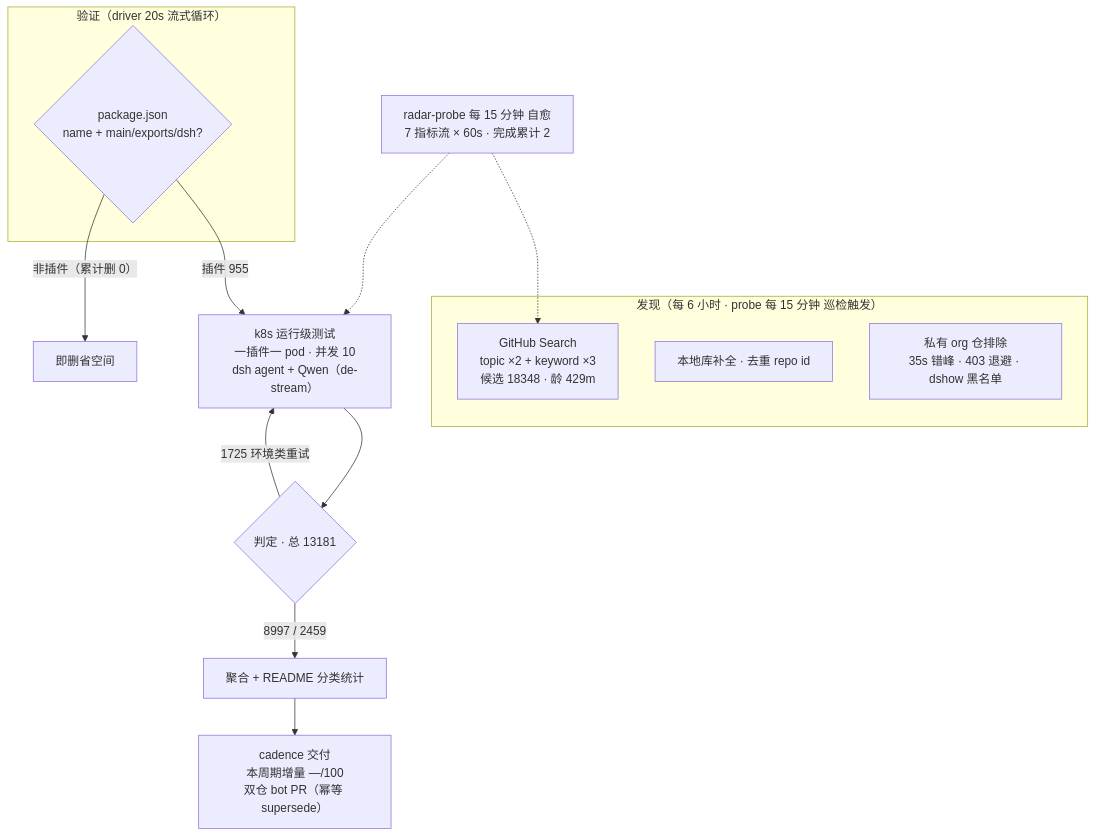
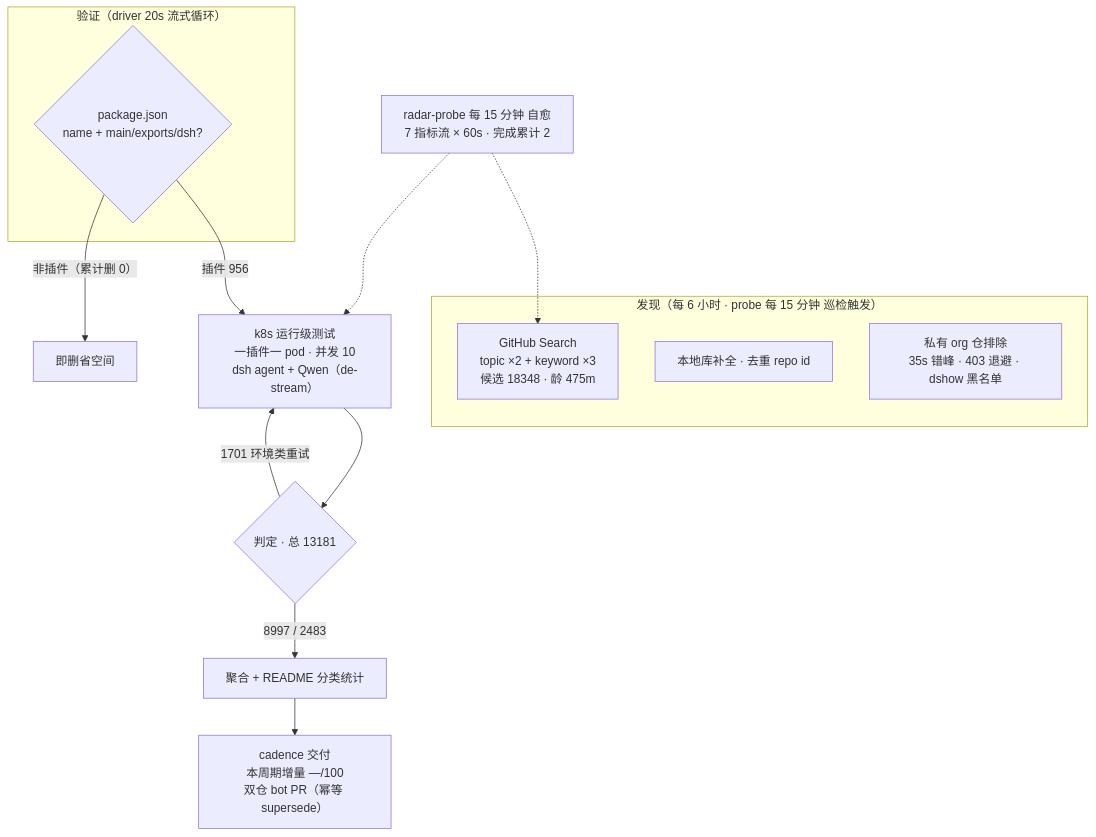
One commit to AdamPlatin123/awesome-dsh-plugins changed the diagram in README.md. Above: the diagram before and after it, drawn with Mermaid. The commit also changed other lines of this file and 13 other files, not shown here.

````diff
--- a/README.md
+++ b/README.md
@@ -52,20 +52,20 @@
 ```mermaid
 flowchart TB
     subgraph Discovery["发现（每 6 小时 · probe 每 15 分钟 巡检触发）"]
-        A1["GitHub Search<br/>topic ×2 + keyword ×3<br/>候选 18348 · 龄 429m"]
+        A1["GitHub Search<br/>topic ×2 + keyword ×3<br/>候选 18348 · 龄 475m"]
         A2["本地库补全 · 去重 repo id"]
         A3["私有 org 仓排除<br/>35s 错峰 · 403 退避 · dshow 黑名单"]
     end
     subgraph Validation["验证（driver 20s 流式循环）"]
         B1{"package.json<br/>name + main/exports/dsh?"}
     end
-    B1 -->|"插件 955"| C1["k8s 运行级测试<br/>一插件一 pod · 并发 10<br/>dsh agent + Qwen（de-stream）"]
+    B1 -->|"插件 956"| C1["k8s 运行级测试<br/>一插件一 pod · 并发 10<br/>dsh agent + Qwen（de-stream）"]
     B1 -->|"非插件（累计删 0）"| B3["即删省空间"]
     C1 --> D1{"判定 · 总 13181"}
-    D1 -->|"8997 / 2459"| E1["聚合 + README 分类统计"]
-    D1 -->|"1725 环境类重试"| C1
+    D1 -->|"8997 / 2483"| E1["聚合 + README 分类统计"]
+    D1 -->|"1701 环境类重试"| C1
     E1 --> E2["cadence 交付<br/>本周期增量 —/100<br/>双仓 bot PR（幂等 supersede）"]
     M["radar-probe 每 15 分钟 自愈<br/>7 指标流 × 60s · 完成累计 2"]
     M -.-> A1
     M -.-> C1
 ```
````
